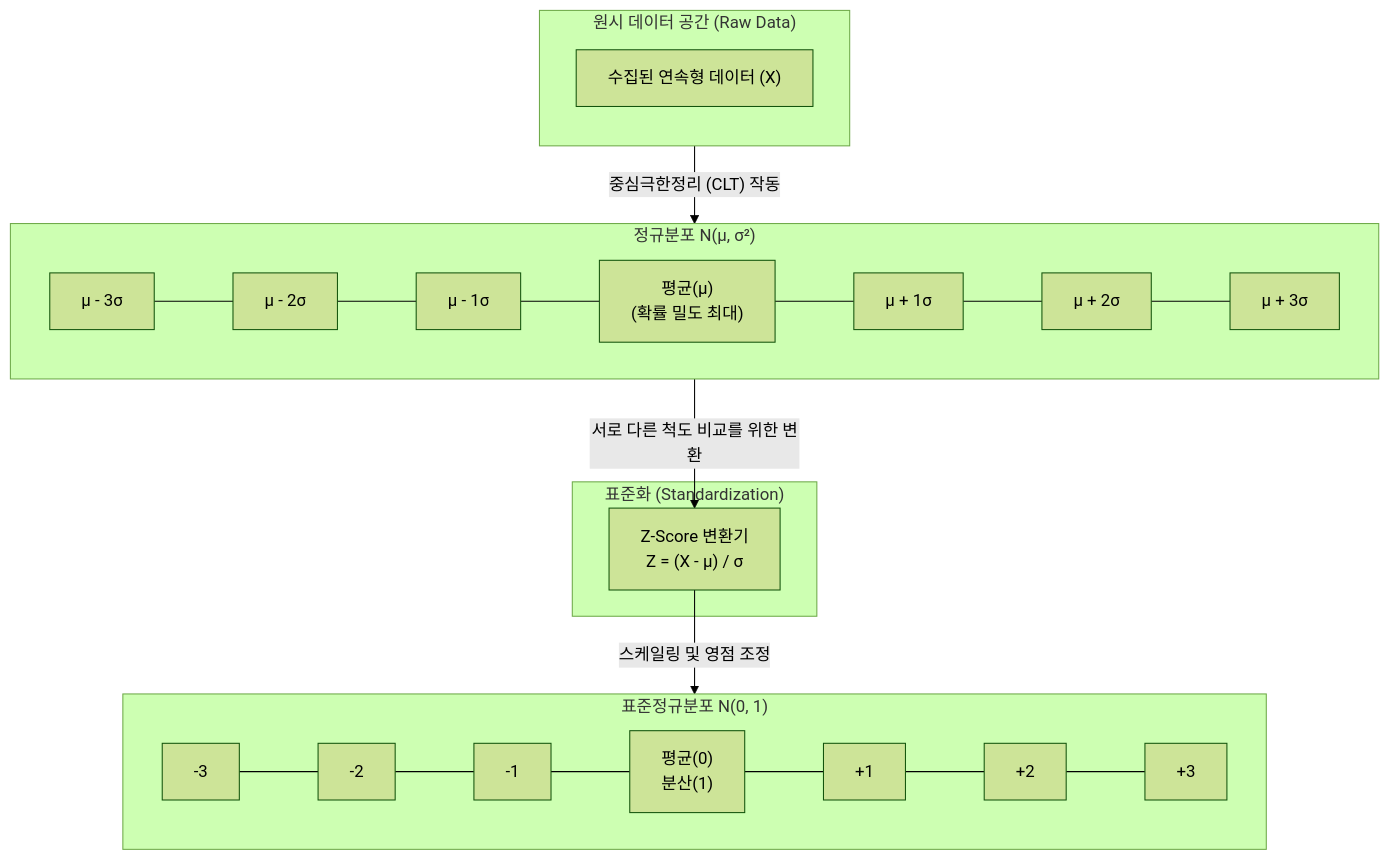
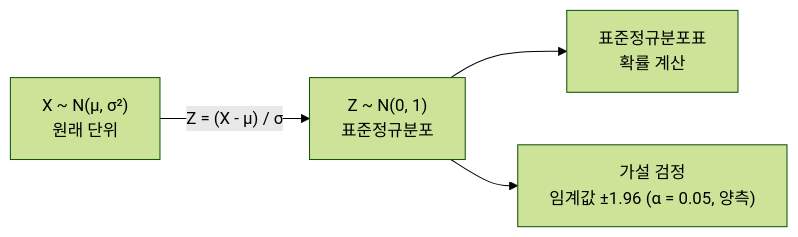
One commit to supremethumb/supremethumb.github.io changed the diagram in content/01_IT Tech/정규분포.md. Above: the diagram before and after it, drawn with Mermaid (forest theme). The commit also changed other lines of this file and 1087 other files, not shown here.

````diff
--- a/content/01_IT Tech/정규분포.md
+++ b/content/01_IT Tech/정규분포.md
@@ -23,36 +37,6 @@
 ```mermaid
-flowchart TB
-    subgraph Natural_World["원시 데이터 공간 (Raw Data)"]
-        direction TB
-        RawData["수집된 연속형 데이터 (X)"]
-    end
-
-    subgraph Normal_Distribution["정규분포 N(μ, σ²)"]
-        direction LR
-        M3["μ - 3σ"] --- M2["μ - 2σ"]
-        M2 --- M1["μ - 1σ"]
-        M1 --- Mean["평균(μ)<br/>(확률 밀도 최대)"]
-        Mean --- P1["μ + 1σ"]
-        P1 --- P2["μ + 2σ"]
-        P2 --- P3["μ + 3σ"]
-    end
-
-    subgraph Standardization["표준화 (Standardization)"]
-        Z_Transform["Z-Score 변환기<br/>Z = (X - μ) / σ"]
-    end
-
-    subgraph Standard_Normal["표준정규분포 N(0, 1)"]
-        direction LR
-        Z3["-3"] --- Z2["-2"]
-        Z2 --- Z1["-1"]
-        Z1 --- Z0["평균(0)<br/>분산(1)"]
-        Z0 --- Z_P1["+1"]
-        Z_P1 --- Z_P2["+2"]
-        Z_P2 --- Z_P3["+3"]
-    end
-
-    RawData -- "중심극한정리 (CLT) 작동" --> Mean
-    Normal_Distribution -- "서로 다른 척도 비교를 위한 변환" --> Z_Transform
-    Z_Transform -- "스케일링 및 영점 조정" --> Standard_Normal
-
+flowchart LR
+    X["X ~ N(μ, σ²)<br/>원래 단위"] -- "Z = (X - μ) / σ" --> Z["Z ~ N(0, 1)<br/>표준정규분포"]
+    Z --> T["표준정규분포표<br/>확률 계산"]
+    Z --> H["가설 검정<br/>임계값 ±1.96 (α = 0.05, 양측)"]
 ```
````
